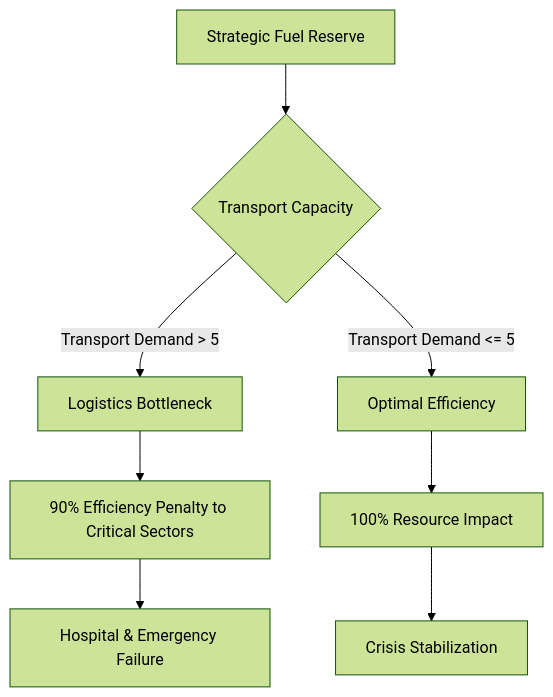
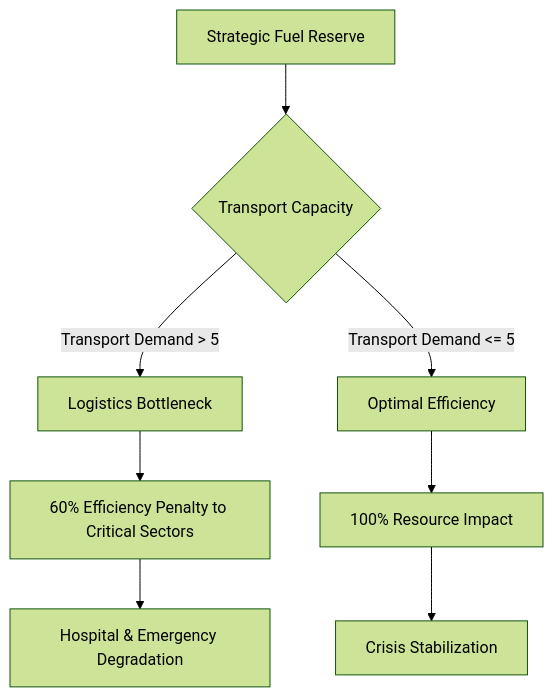
The diagram in README.md (LVVignesh/global-energy-crisis-openenv), drawn with Mermaid (forest theme) before and after one commit. The commit also changed other lines of this file, not shown here.

````diff
--- a/README.md
+++ b/README.md
@@ -20,10 +20,10 @@
 ```mermaid
 graph TD
     A[Strategic Fuel Reserve] --> B{Transport Capacity}
     B -- "Transport Demand > 5" --> C[Logistics Bottleneck]
     B -- "Transport Demand <= 5" --> D[Optimal Efficiency]
-    C --> E[90% Efficiency Penalty to Critical Sectors]
+    C --> E[60% Efficiency Penalty to Critical Sectors]
     D --> F[100% Resource Impact]
-    E --> G[Hospital & Emergency Failure]
+    E --> G[Hospital & Emergency Degradation]
     F --> H[Crisis Stabilization]
 ```
````
